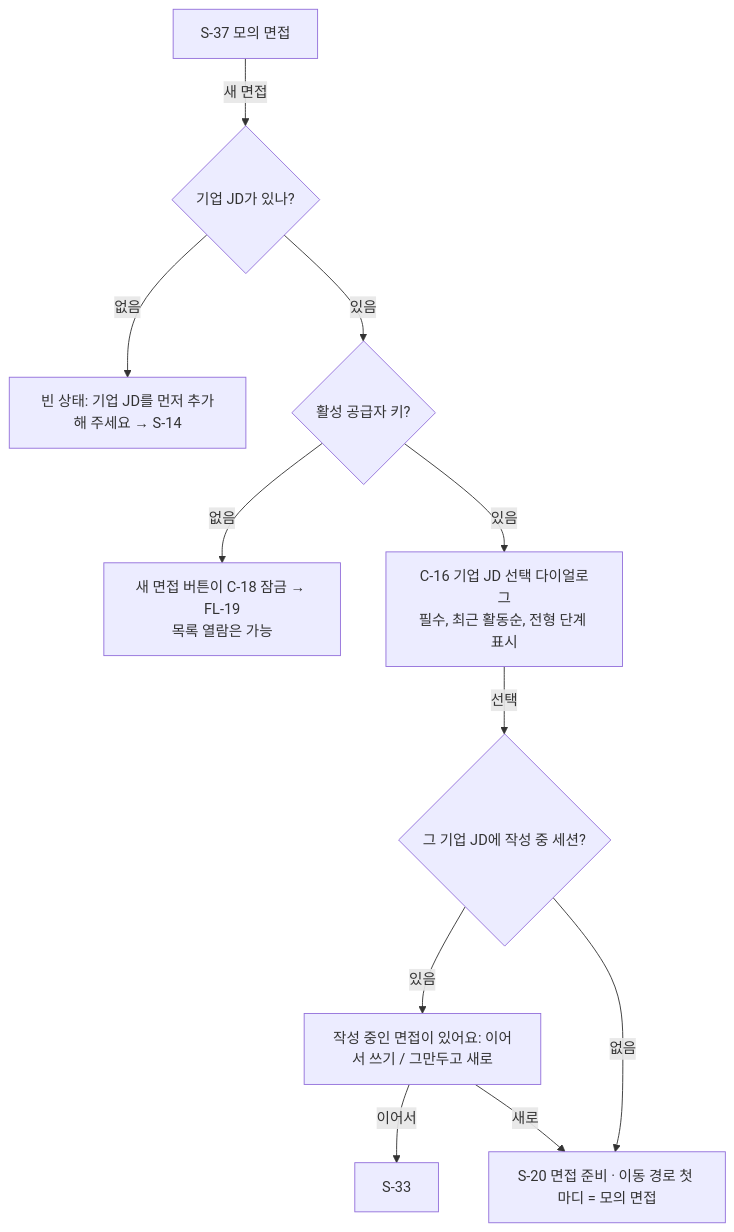
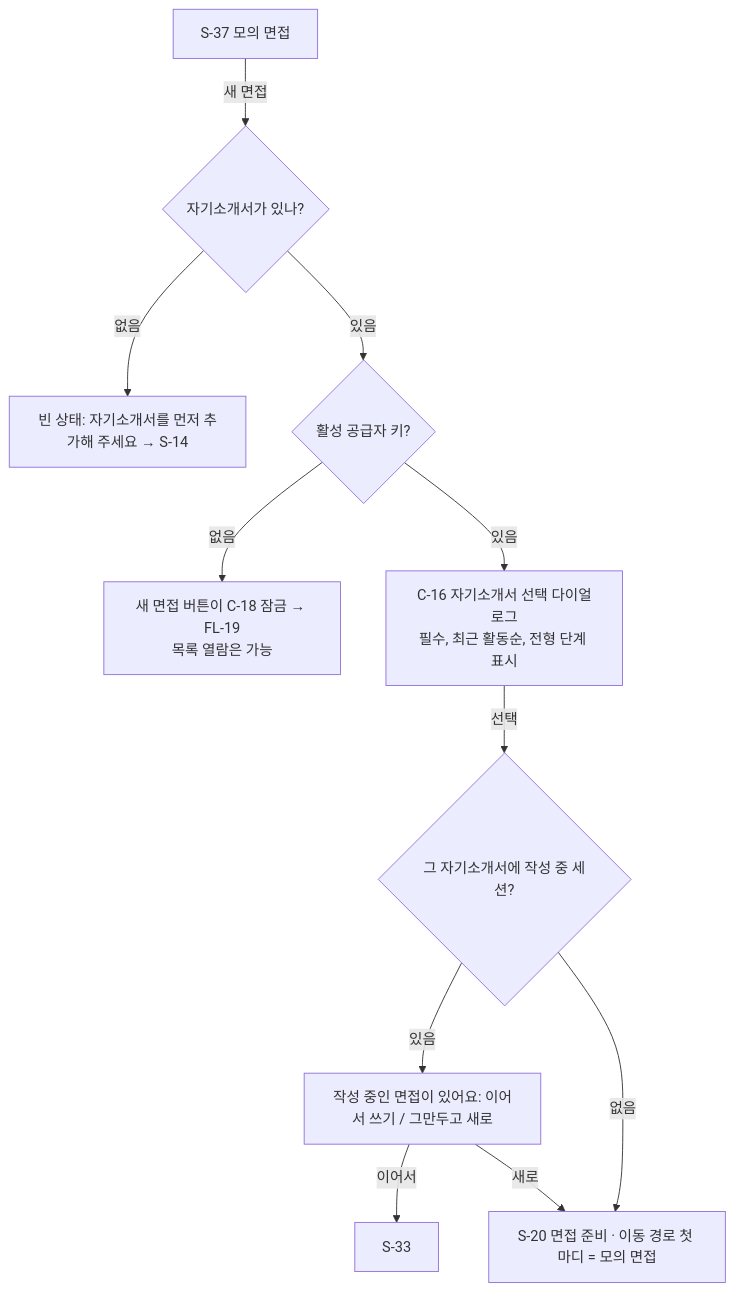
One commit to j-hyunn/resumate changed the ninth of 20 diagrams in docs/planning/02-user-flows.md. Above: the diagram before and after it, drawn with Mermaid. The commit also changed other lines of this file and 11 other files, not shown here.

````diff
--- a/docs/planning/02-user-flows.md
+++ b/docs/planning/02-user-flows.md
@@ -438,13 +457,13 @@
 ```mermaid
 flowchart TD
-  A[S-37 모의 면접] -->|새 면접| B{기업 JD가 있나?}
-  B -->|없음| C[빈 상태: 기업 JD를 먼저 추가해 주세요 → S-14]
+  A[S-37 모의 면접] -->|새 면접| B{자기소개서가 있나?}
+  B -->|없음| C[빈 상태: 자기소개서를 먼저 추가해 주세요 → S-14]
   B -->|있음| K{활성 공급자 키?}
   K -->|없음| LK[새 면접 버튼이 C-18 잠금 → FL-19<br/>목록 열람은 가능]
-  K -->|있음| D[C-16 기업 JD 선택 다이얼로그<br/>필수, 최근 활동순, 전형 단계 표시]
-  D -->|선택| E{그 기업 JD에 작성 중 세션?}
+  K -->|있음| D[C-16 자기소개서 선택 다이얼로그<br/>필수, 최근 활동순, 전형 단계 표시]
+  D -->|선택| E{그 자기소개서에 작성 중 세션?}
   E -->|있음| F[작성 중인 면접이 있어요: 이어서 쓰기 / 그만두고 새로]
   F -->|이어서| S33[S-33]
   F -->|새로| G
   E -->|없음| G[S-20 면접 준비 · 이동 경로 첫 마디 = 모의 면접]
 ```
````
